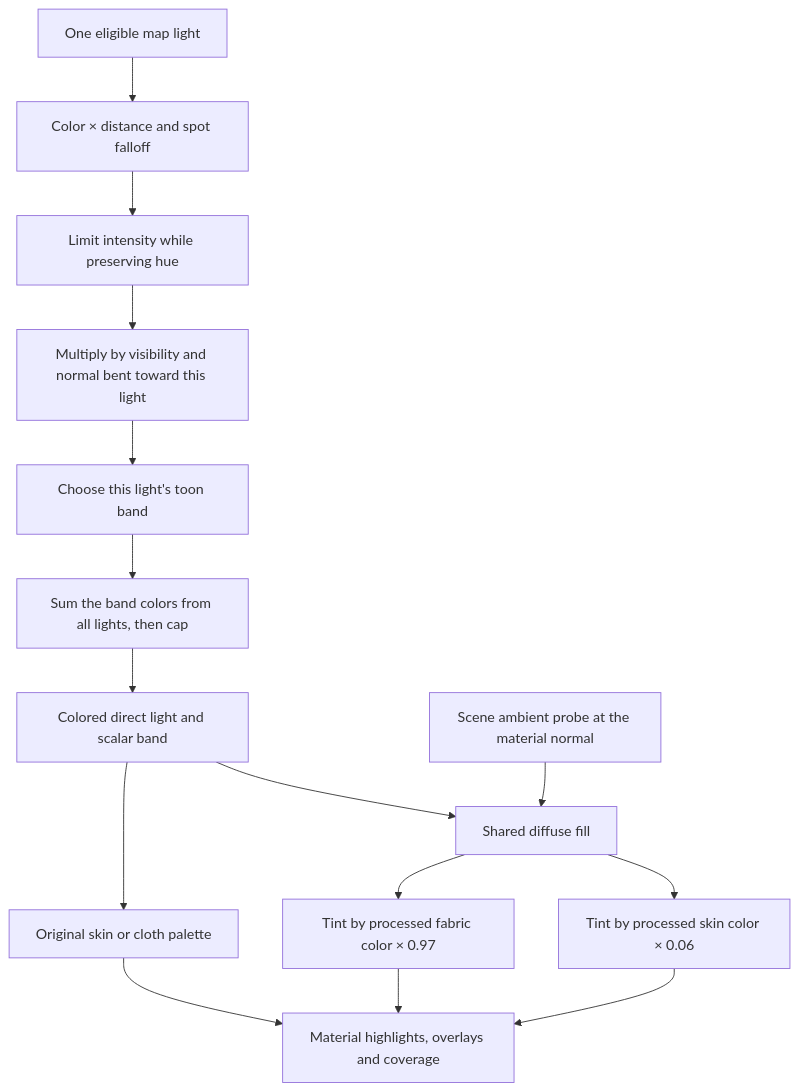
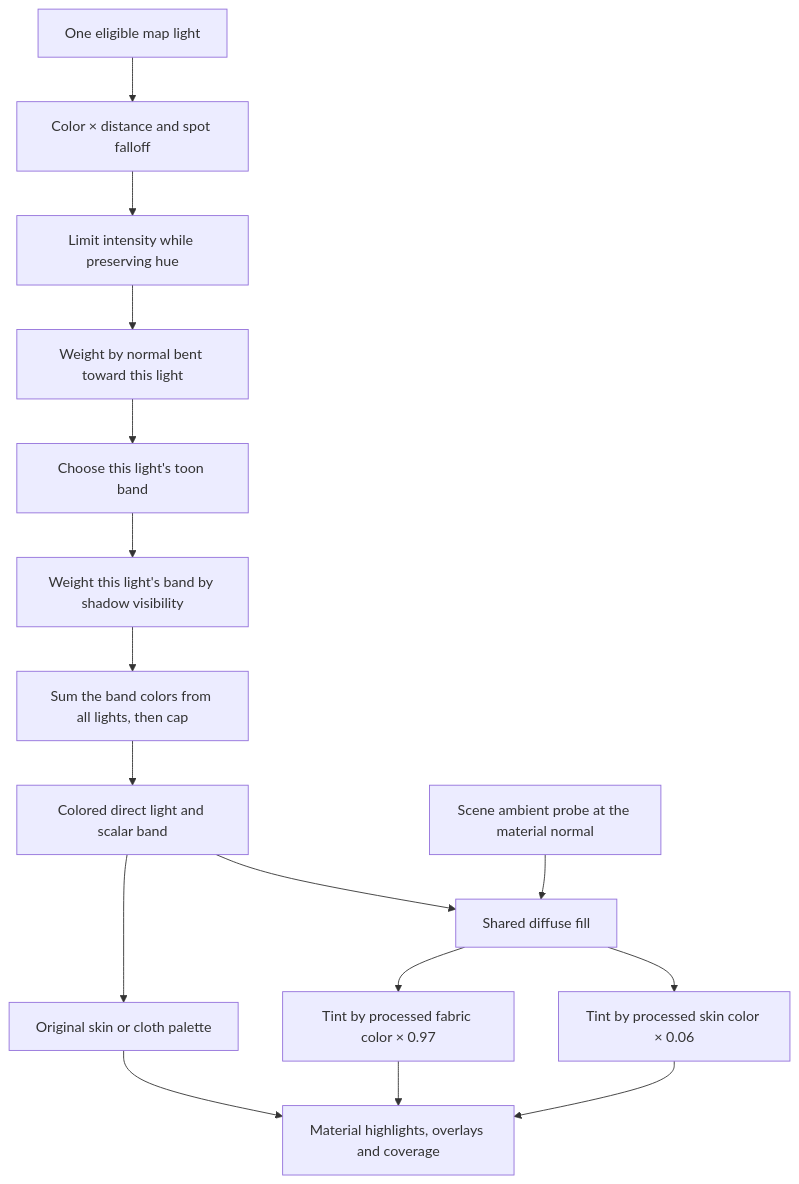
Before and after one commit to lynzrand/al-utils: the diagram in AL_NPR/shaders/LIGHTING.md, drawn with Mermaid. The commit also changed other lines of this file and 22 other files, not shown here.

````diff
--- a/AL_NPR/shaders/LIGHTING.md
+++ b/AL_NPR/shaders/LIGHTING.md
@@ -5,17 +5,18 @@
 ```mermaid
 flowchart TD
     L["One eligible map light"] --> A["Color × distance and spot falloff"]
     A --> B["Limit intensity while preserving hue"]
-    B --> C["Multiply by visibility and normal bent toward this light"]
+    B --> C["Weight by normal bent toward this light"]
     C --> D["Choose this light's toon band"]
-    D --> E["Sum the band colors from all lights, then cap"]
+    D --> V["Weight this light's band by shadow visibility"]
+    V --> E["Sum the band colors from all lights, then cap"]
     E --> F["Colored direct light and scalar band"]
     N["Scene ambient probe at the material normal"] --> G["Shared diffuse fill"]
     F --> G
     F --> P["Original skin or cloth palette"]
     G --> S["Tint by processed skin color × 0.06"]
     G --> T["Tint by processed fabric color × 0.97"]
     P --> O["Material highlights, overlays and coverage"]
     S --> O
     T --> O
 ```
````
